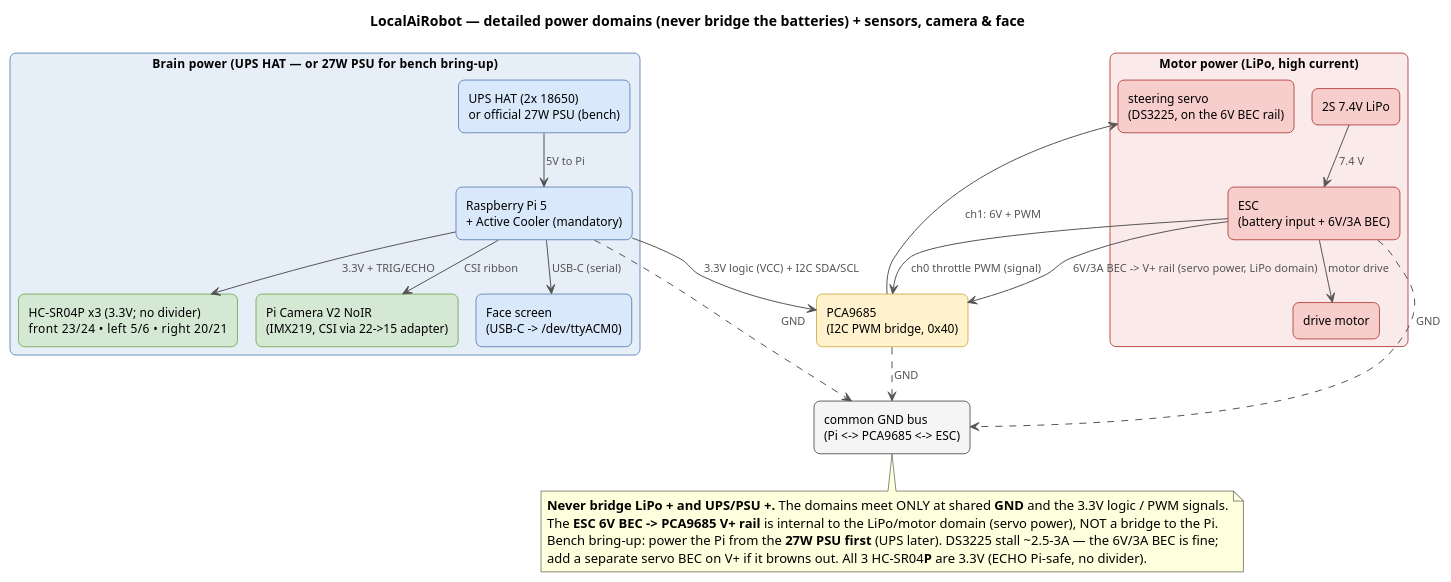
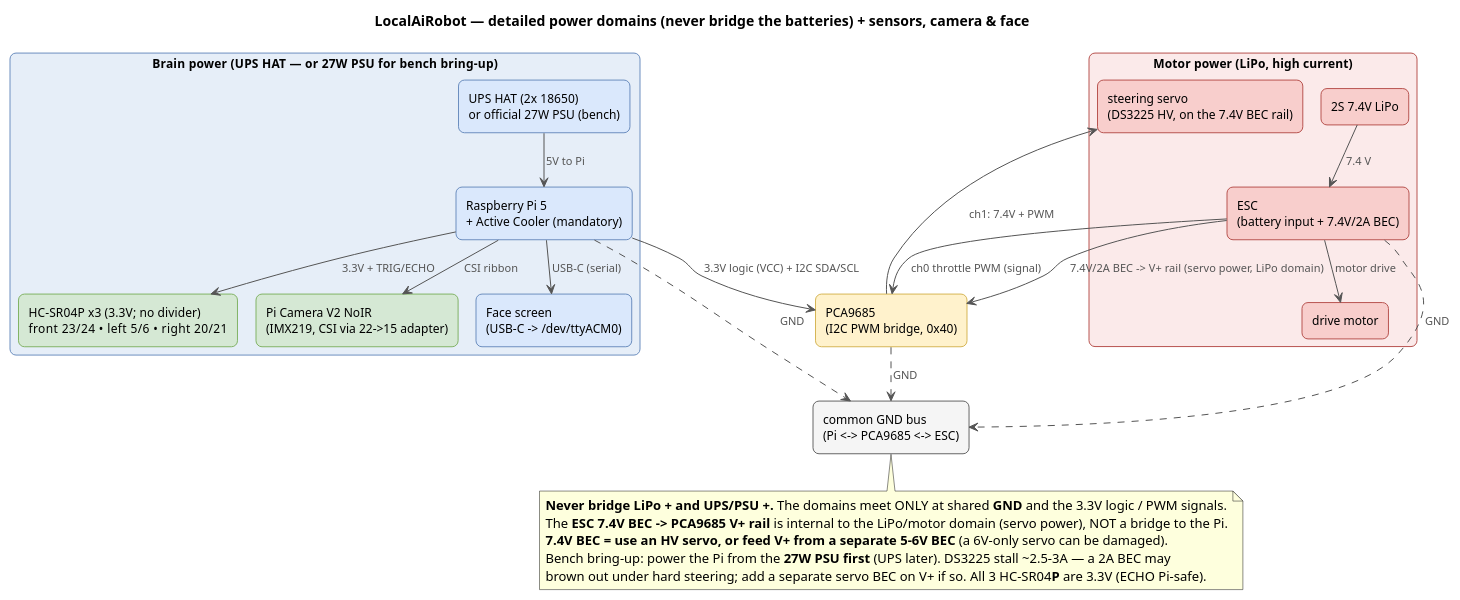
Before and after one commit to shen747/LocalAiRobot: the diagram in docs/images/power-domains.puml, drawn with PlantUML. The commit also changed 10 other files, not shown here.

```diff
--- a/docs/images/power-domains.puml
+++ b/docs/images/power-domains.puml
@@ -1,79 +1,80 @@
 @startuml power-domains
 ' LocalAiRobot — DETAILED power domains + signal wiring (camera, face & 3-sensor array).
 ' This source lives next to its render. Regenerate in place (writes power-domains.png here):
 '   plantuml -tpng docs/images/power-domains.puml
 ' No Graphviz needed: !pragma layout smetana uses PlantUML's pure-Java layout engine.
 ' Grouped like assembly.puml: each battery domain is one labelled box; PCA9685 + GND bus sit between.
 !pragma layout smetana
 hide stereotype
 title LocalAiRobot — detailed power domains (never bridge the batteries) + sensors, camera & face
 
 skinparam backgroundColor white
 skinparam shadowing false
 skinparam defaultFontName Helvetica
 skinparam ArrowColor #555555
 skinparam ArrowFontColor #555555
 skinparam ArrowFontSize 11
 skinparam rectangle {
   RoundCorner 12
   FontSize 12
   BorderThickness 1
   BackgroundColor<<io>> #DAE8FC
   BorderColor<<io>> #6C8EBF
   BackgroundColor<<model>> #FFF2CC
   BorderColor<<model>> #D6B656
   BackgroundColor<<data>> #D5E8D4
   BorderColor<<data>> #82B366
   BackgroundColor<<motor>> #F8CECC
   BorderColor<<motor>> #B85450
   BackgroundColor<<store>> #F5F5F5
   BorderColor<<store>> #666666
   BackgroundColor<<motordomain>> #FBEAEA
   BorderColor<<motordomain>> #B85450
   BackgroundColor<<braindomain>> #E6EEF8
   BorderColor<<braindomain>> #6C8EBF
 }
 
 ' ---- brain domain: Pi power + everything the Pi drives directly ----
 rectangle "Brain power  (UPS HAT  —  or 27W PSU for bench bring-up)" as brainbox <<braindomain>> {
   rectangle "UPS HAT (2x 18650)\nor official 27W PSU (bench)" as ups <<io>>
   rectangle "Raspberry Pi 5\n+ Active Cooler (mandatory)" as pi <<io>>
   rectangle "HC-SR04P x3  (3.3V; no divider)\nfront 23/24  •  left 5/6  •  right 20/21" as sonar <<data>>
   rectangle "Pi Camera V2 NoIR\n(IMX219, CSI via 22->15 adapter)" as cam <<data>>
   rectangle "Face screen\n(USB-C -> /dev/ttyACM0)" as face <<io>>
 }
 ups --> pi : 5V to Pi
 pi --> sonar : 3.3V + TRIG/ECHO
 pi --> cam : CSI ribbon
 pi --> face : USB-C (serial)
 
 ' ---- motor domain: LiPo high-current path (servo power stays in here) ----
 rectangle "Motor power  (LiPo, high current)" as motorbox <<motordomain>> {
   rectangle "2S 7.4V LiPo" as lipo <<motor>>
-  rectangle "ESC\n(battery input + 6V/3A BEC)" as esc <<motor>>
+  rectangle "ESC\n(battery input + 7.4V/2A BEC)" as esc <<motor>>
   rectangle "drive motor" as dmotor <<motor>>
-  rectangle "steering servo\n(DS3225, on the 6V BEC rail)" as servo <<motor>>
+  rectangle "steering servo\n(DS3225 HV, on the 7.4V BEC rail)" as servo <<motor>>
 }
 lipo --> esc : 7.4 V
 esc --> dmotor : motor drive
 
 ' ---- the only places the two domains legitimately meet: 3.3V logic/PWM signals + common GND ----
 rectangle "PCA9685\n(I2C PWM bridge, 0x40)" as pca <<model>>
 rectangle "common GND bus\n(Pi <-> PCA9685 <-> ESC)" as gnd <<store>>
 
 pi  --> pca   : 3.3V logic (VCC) + I2C SDA/SCL
 esc --> pca   : ch0 throttle PWM (signal)
-esc --> pca   : 6V/3A BEC -> V+ rail (servo power, LiPo domain)
-pca --> servo : ch1: 6V + PWM
+esc --> pca   : 7.4V/2A BEC -> V+ rail (servo power, LiPo domain)
+pca --> servo : ch1: 7.4V + PWM
 
 esc ..> gnd : GND
 pi  ..> gnd : GND
 pca ..> gnd : GND
 
 note bottom of gnd
   **Never bridge LiPo + and UPS/PSU +.** The domains meet ONLY at shared **GND** and the 3.3V logic / PWM signals.
-  The **ESC 6V BEC -> PCA9685 V+ rail** is internal to the LiPo/motor domain (servo power), NOT a bridge to the Pi.
-  Bench bring-up: power the Pi from the **27W PSU first** (UPS later). DS3225 stall ~2.5-3A — the 6V/3A BEC is fine;
-  add a separate servo BEC on V+ if it browns out. All 3 HC-SR04**P** are 3.3V (ECHO Pi-safe, no divider).
+  The **ESC 7.4V BEC -> PCA9685 V+ rail** is internal to the LiPo/motor domain (servo power), NOT a bridge to the Pi.
+  **7.4V BEC = use an HV servo, or feed V+ from a separate 5-6V BEC** (a 6V-only servo can be damaged).
+  Bench bring-up: power the Pi from the **27W PSU first** (UPS later). DS3225 stall ~2.5-3A — a 2A BEC may
+  brown out under hard steering; add a separate servo BEC on V+ if so. All 3 HC-SR04**P** are 3.3V (ECHO Pi-safe).
 end note
 @enduml
```
